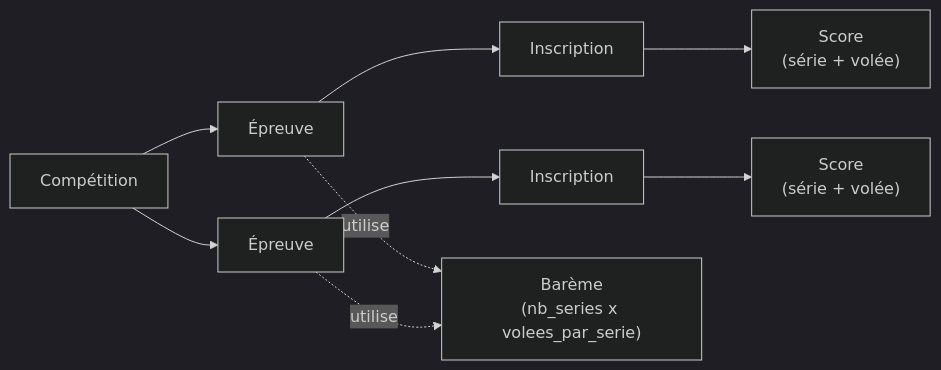
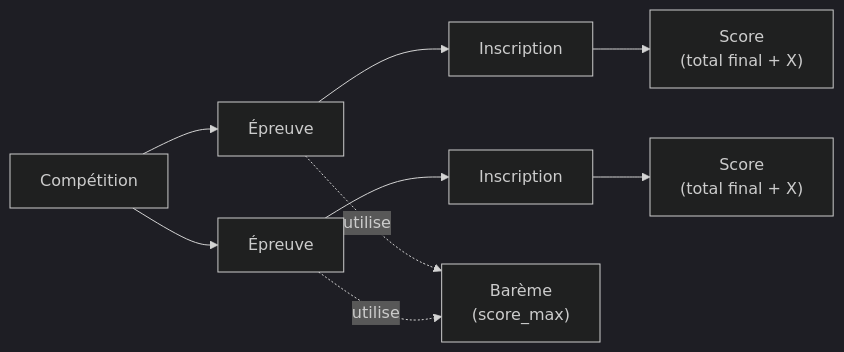
The first of 2 diagrams in docs/cahier-des-charges/modele-donnees.rst (MrFanghoDev/fletchscore), drawn with Mermaid (dark theme) before and after one commit. The commit also changed other lines of this file and 23 other files, not shown here.

Commit message:
refactor: saisie au score final (total + X) plutôt que volée par volée

```diff
--- a/docs/cahier-des-charges/modele-donnees.rst
+++ b/docs/cahier-des-charges/modele-donnees.rst
@@ -18,11 +22,11 @@
 .. mermaid::
 
    flowchart LR
        Comp[Compétition] --> Epr1[Épreuve]
        Comp --> Epr2[Épreuve]
        Epr1 --> Insc1[Inscription]
        Epr2 --> Insc2[Inscription]
-       Insc1 --> Sc1["Score\n(série + volée)"]
-       Insc2 --> Sc2["Score\n(série + volée)"]
-       Epr1 -.utilise.-> Bar["Barème\n(nb_series x volees_par_serie)"]
+       Insc1 --> Sc1["Score\n(total final + X)"]
+       Insc2 --> Sc2["Score\n(total final + X)"]
+       Epr1 -.utilise.-> Bar["Barème\n(score_max)"]
        Epr2 -.utilise.-> Bar
```
